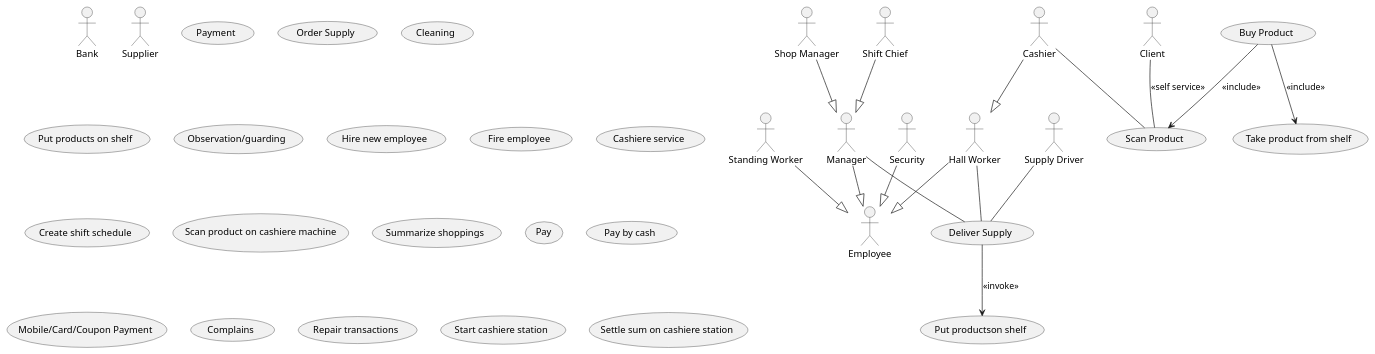
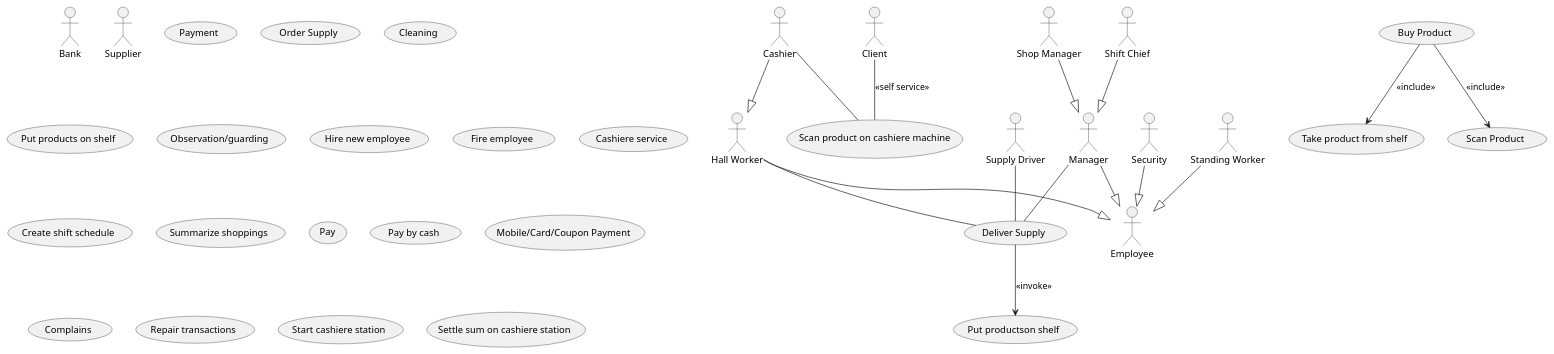
Before and after one commit to kpodlaski/ModelowanieUML_2022: the diagram in GR2/z2.usecase_biedronka.plantuml, drawn with PlantUML.

Commit message:
small change

```diff
--- a/GR2/z2.usecase_biedronka.plantuml
+++ b/GR2/z2.usecase_biedronka.plantuml
@@ -1,67 +1,67 @@
 @startuml
 
 actor Employee
 actor Manager
 actor Cashier
 
 actor "Shop Manager"
 actor "Security"
 
 actor "Standing Worker"
 actor "Hall Worker"
 actor "Shift Chief"
 
 actor Bank 
 
 actor "Supply Driver"
 actor Supplier
 
 actor Client 
 
 Manager --|> Employee
 (Shift Chief) --|> Manager
 Cashier --|> (Hall Worker)
 (Hall Worker) --|> Employee
 (Standing Worker) --|> Employee
 Security --|> Employee
 (Shop Manager) --|> Manager
 
 usecase "Payment"
 usecase "Buy Product"
 usecase "Order Supply"
 usecase "Deliver Supply"
 usecase "Cleaning"
 usecase "Put products on shelf"
 usecase "Observation/guarding"
 usecase "Hire new employee"
 usecase "Fire employee"
 usecase "Cashiere service"
 usecase "Create shift schedule"
 
 usecase "Take product from shelf"
 
 usecase "Scan product on cashiere machine"
 usecase "Summarize shoppings"
 usecase "Pay"
 usecase "Pay by cash"
 usecase "Mobile/Card/Coupon Payment"
 
 usecase "Complains"
 usecase "Repair transactions"
 
 usecase "Start cashiere station"
 usecase "Settle sum on cashiere station"
 
 (Deliver Supply) --> (Put productson shelf)  : <<invoke>>
 
 (Supply Driver) -- (Deliver Supply)
 (Manager) -- (Deliver Supply)
 (Hall Worker) -- (Deliver Supply)
 
-Client -- (Scan Product) : <<self service>>
-Cashier -- (Scan Product) 
+Client -- (Scan product on cashiere machine) : <<self service>>
+Cashier -- (Scan product on cashiere machine) 
 
 (Buy Product) --> (Scan Product) : <<include>>
 (Buy Product) --> (Take product from shelf) : <<include>>
 
 @enduml
```
